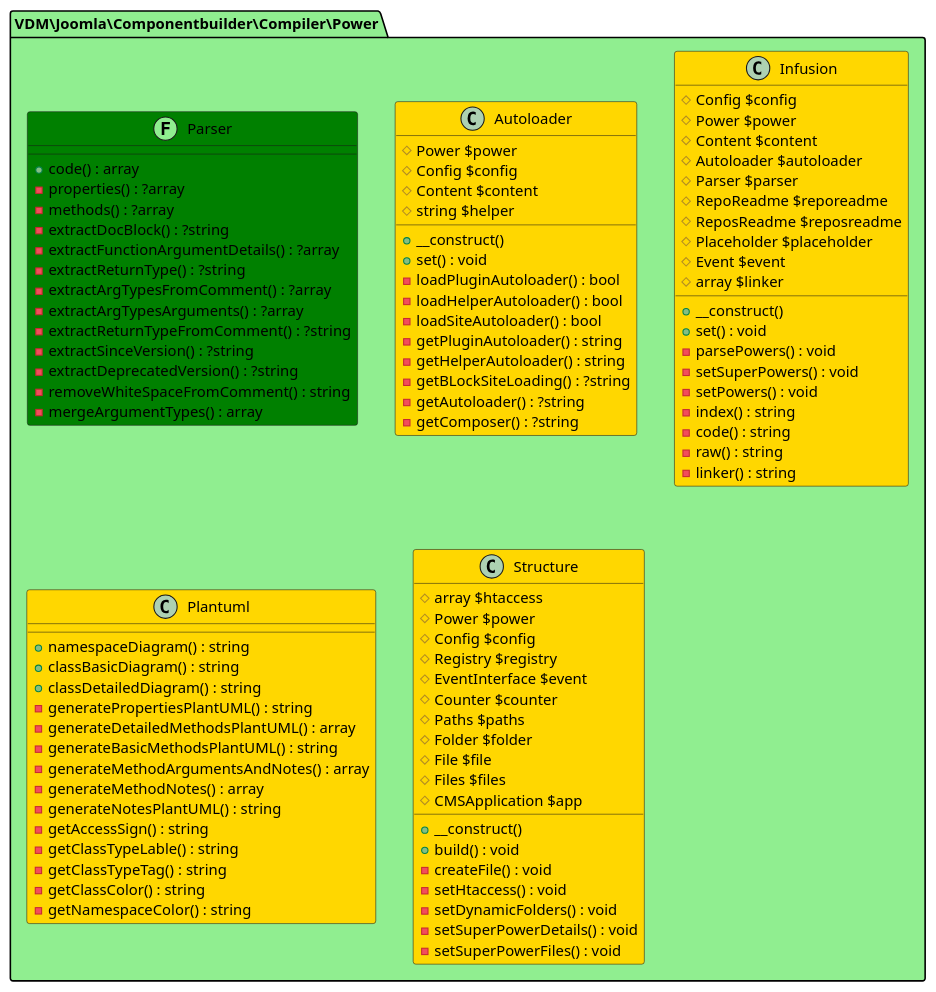
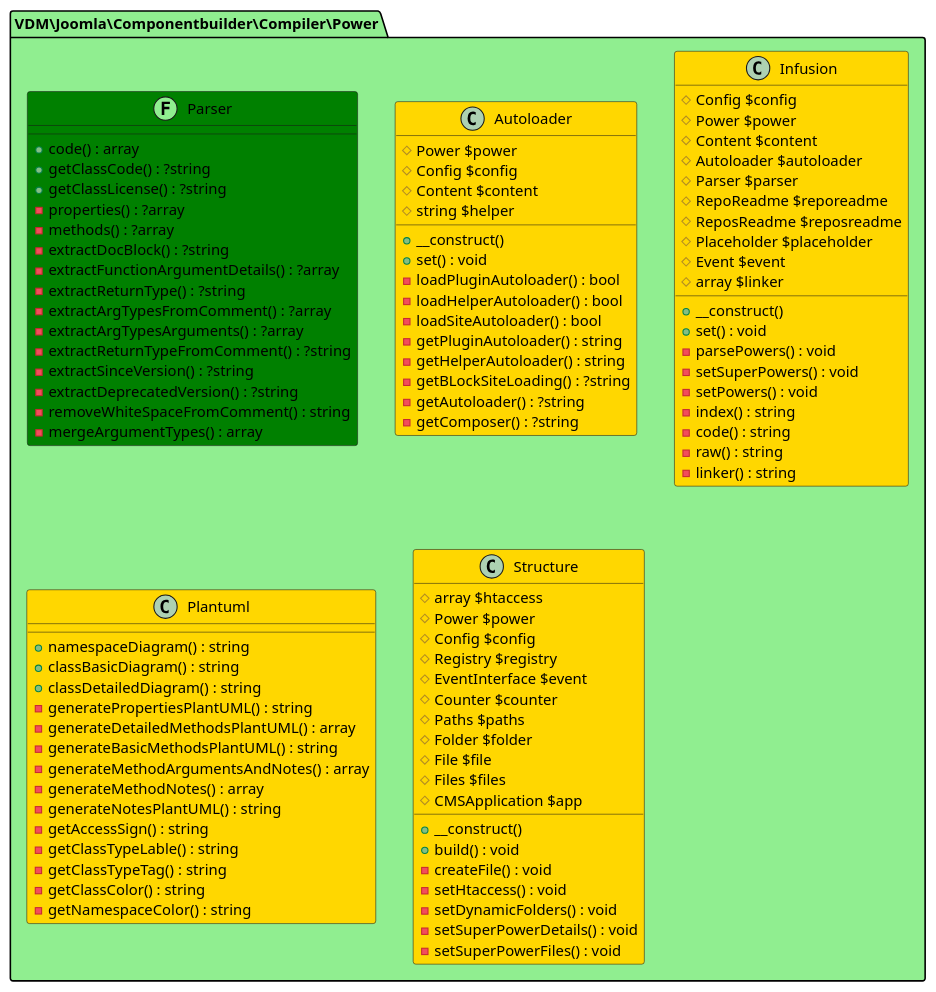
Diagram 20 of 33 in README.md (joomengine/jcb-compiler), drawn with PlantUML before and after one commit. The commit also changed other lines of this file and 166 other files, not shown here.

```diff
--- a/README.md
+++ b/README.md
@@ -1610,6 +1608,8 @@
 
   class Parser << (F,LightGreen) >> #Green {
     + code() : array
+    + getClassCode() : ?string
+    + getClassLicense() : ?string
     - properties() : ?array
     - methods() : ?array
     - extractDocBlock() : ?string
```
